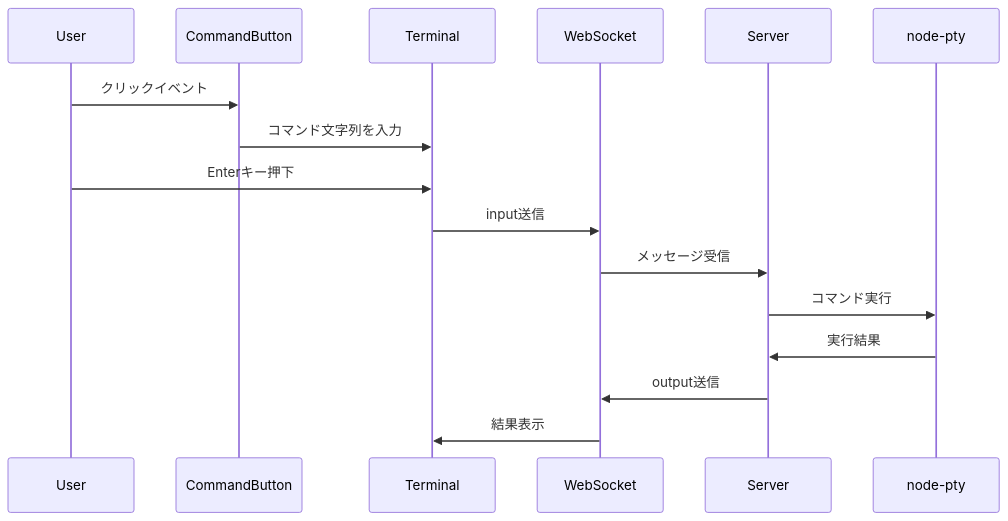
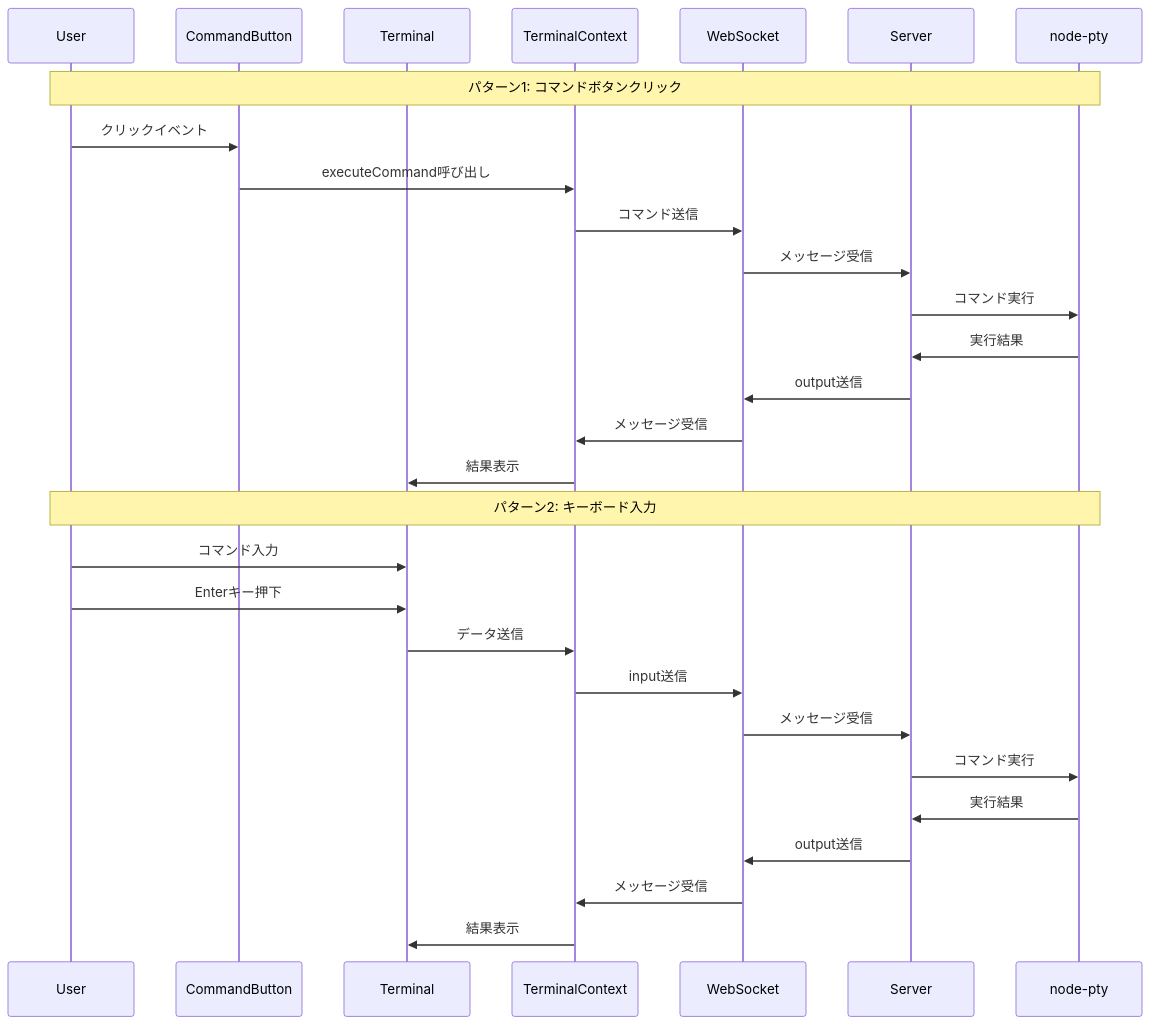
One commit to yuki-matsu783/ExecDock changed the third of 3 diagrams in DEVELOPMENT.md. Above: the diagram before and after it, drawn with Mermaid. The commit also changed other lines of this file and 4 other files, not shown here.

````diff
--- a/DEVELOPMENT.md
+++ b/DEVELOPMENT.md
@@ -55,19 +98,33 @@
    ```mermaid
    sequenceDiagram
        participant U as User
        participant CB as CommandButton
        participant T as Terminal
+       participant TC as TerminalContext
        participant WS as WebSocket
        participant S as Server
        participant PTY as node-pty
 
+       Note over U,PTY: パターン1: コマンドボタンクリック
        U->>CB: クリックイベント
-       CB->>T: コマンド文字列を入力
-       U->>T: Enterキー押下
-       T->>WS: input送信
+       CB->>TC: executeCommand呼び出し
+       TC->>WS: コマンド送信
        WS->>S: メッセージ受信
        S->>PTY: コマンド実行
        PTY->>S: 実行結果
        S->>WS: output送信
-       WS->>T: 結果表示
+       WS->>TC: メッセージ受信
+       TC->>T: 結果表示
+
+       Note over U,PTY: パターン2: キーボード入力
+       U->>T: コマンド入力
+       U->>T: Enterキー押下
+       T->>TC: データ送信
+       TC->>WS: input送信
+       WS->>S: メッセージ受信
+       S->>PTY: コマンド実行
+       PTY->>S: 実行結果
+       S->>WS: output送信
+       WS->>TC: メッセージ受信
+       TC->>T: 結果表示
    ```
````
